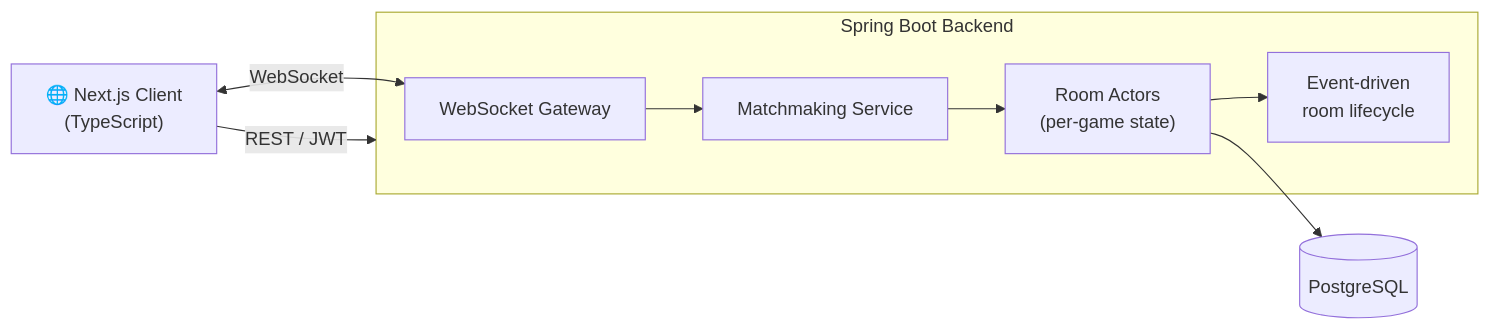
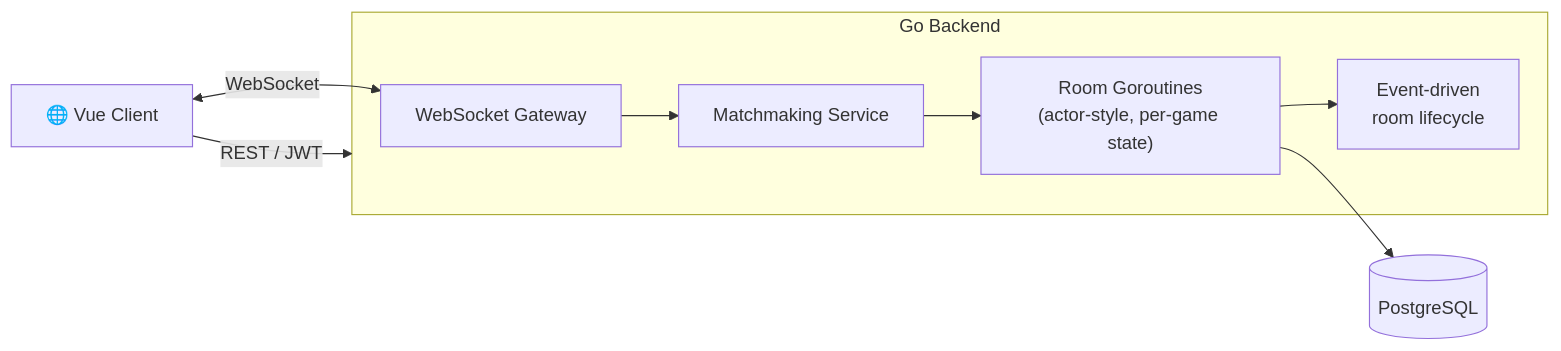
One commit to longtmb2003/longtmb2003 changed the diagram in README.md. Above: the diagram before and after it, drawn with Mermaid. The commit also changed other lines of this file, not shown here.

````diff
--- a/README.md
+++ b/README.md
@@ -76,17 +76,17 @@
 ```mermaid
 flowchart LR
-    C["🌐 Next.js Client<br/>(TypeScript)"]
-    subgraph BE["Spring Boot Backend"]
+    C["🌐 Vue Client"]
+    subgraph BE["Go Backend"]
         WS["WebSocket Gateway"]
         MM["Matchmaking Service"]
-        RA["Room Actors<br/>(per-game state)"]
+        RA["Room Goroutines<br/>(actor-style, per-game state)"]
         EV["Event-driven<br/>room lifecycle"]
     end
     DB[("PostgreSQL")]
 
     C -- "REST / JWT" --> BE
     C <-- "WebSocket" --> WS
     WS --> MM --> RA
     RA --> EV
     RA --> DB
 ```
````
